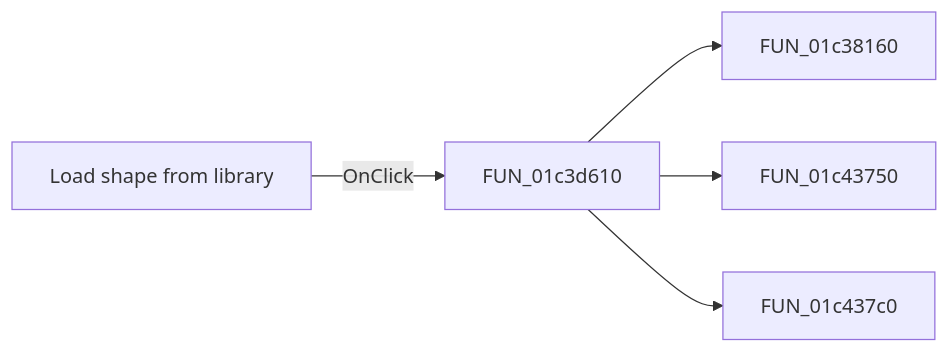
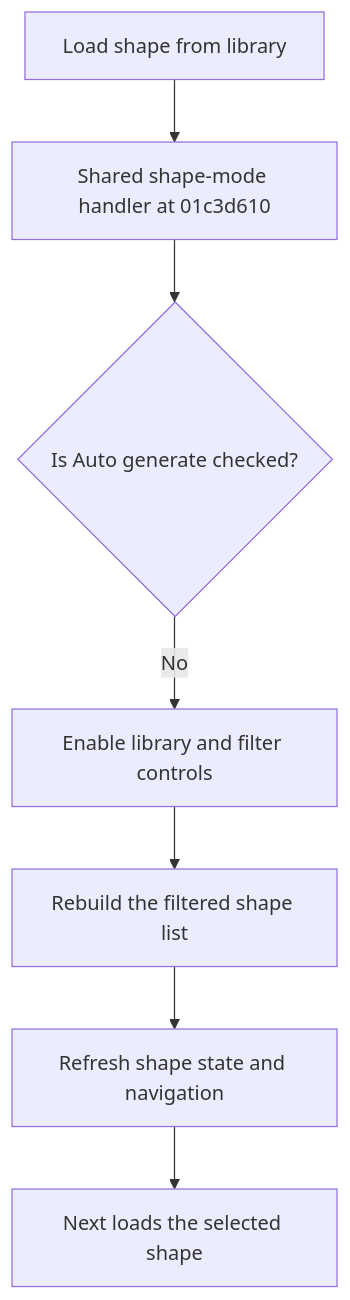
The diagram in docs/ui-controls/fmacrowiz/rbloadfromlib-8506fb533f.md (MovGP0/TIARA), drawn with Mermaid before and after one commit. The commit also changed other lines of this file and 387 other files, not shown here.

````diff
--- a/docs/ui-controls/fmacrowiz/rbloadfromlib-8506fb533f.md
+++ b/docs/ui-controls/fmacrowiz/rbloadfromlib-8506fb533f.md
@@ -27,7 +21,9 @@
 ```mermaid
-flowchart LR
-    control["Load shape from library"] -->|OnClick| handler["FUN_01c3d610"]
-    handler --> call1["FUN_01c38160"]
-    handler --> call2["FUN_01c43750"]
-    handler --> call3["FUN_01c437c0"]
+flowchart TD
+    control["Load shape from library"] --> handler["Shared shape-mode handler at 01c3d610"]
+    handler --> mode{"Is Auto generate checked?"}
+    mode -->|No| enable["Enable library and filter controls"]
+    enable --> rebuild["Rebuild the filtered shape list"]
+    rebuild --> update["Refresh shape state and navigation"]
+    update --> next["Next loads the selected shape"]
 ```
````
